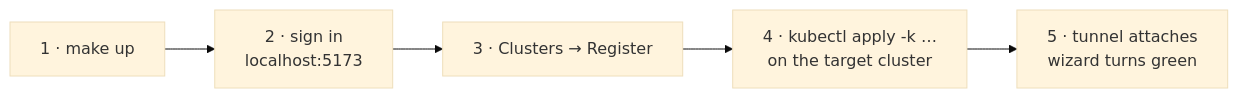
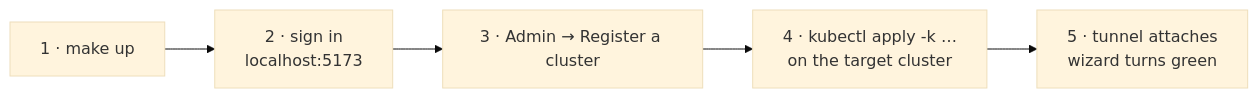
One commit to kubemg/kubemg changed the sixth of 7 diagrams in README.md. Above: the diagram before and after it, drawn with Mermaid (base theme). The commit also changed other lines of this file, not shown here.

````diff
--- a/README.md
+++ b/README.md
@@ -247,4 +283,4 @@
 ```mermaid
 flowchart LR
-    S1["1 · make up"] --> S2["2 · sign in<br/>localhost:5173"] --> S3["3 · Clusters → Register"] --> S4["4 · kubectl apply -k …<br/>on the target cluster"] --> S5["5 · tunnel attaches<br/>wizard turns green"]
+    S1["1 · make up"] --> S2["2 · sign in<br/>localhost:5173"] --> S3["3 · Admin → Register a cluster"] --> S4["4 · kubectl apply -k …<br/>on the target cluster"] --> S5["5 · tunnel attaches<br/>wizard turns green"]
 ```
````
